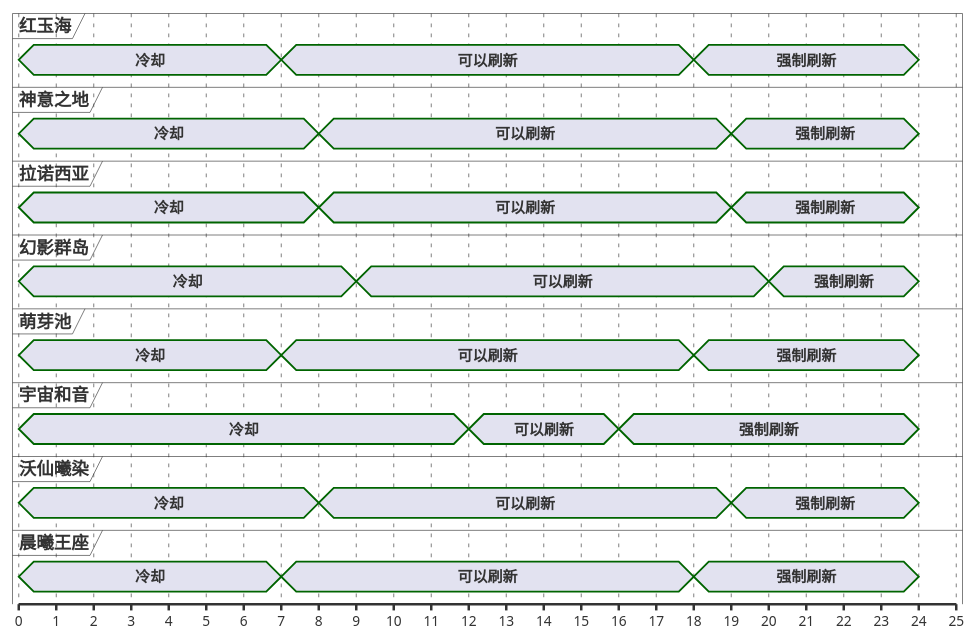
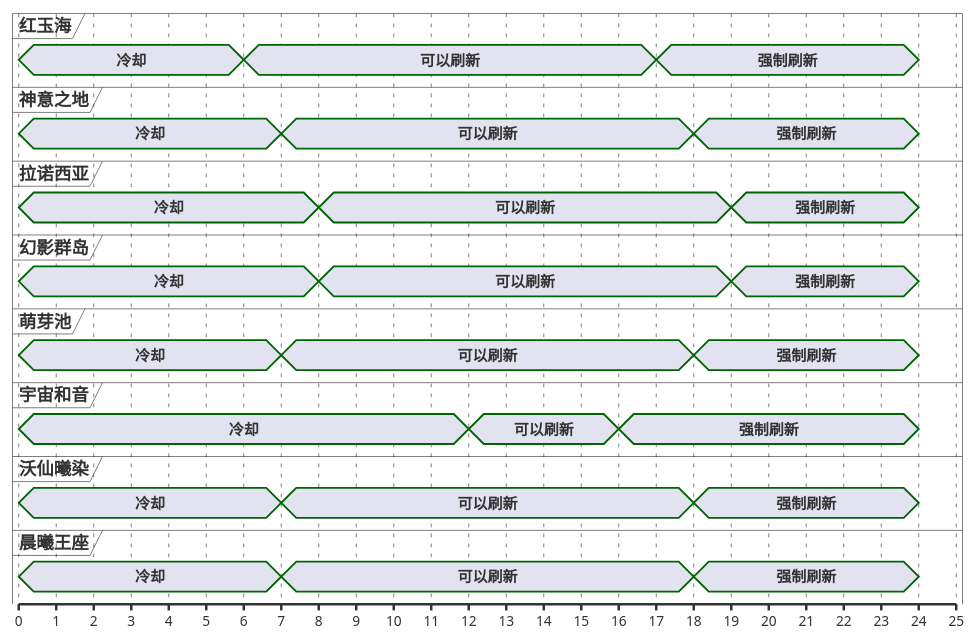
The first of 13 diagrams in ffxiv/hunt/2.0/Zona-Seeker.md (Eroleice/doc-pi), drawn with PlantUML before and after one commit. The commit also changed other lines of this file and 38 other files, not shown here.

````diff
--- a/ffxiv/hunt/2.0/Zona-Seeker.md
+++ b/ffxiv/hunt/2.0/Zona-Seeker.md
@@ -33,63 +33,63 @@
 ```plantuml
 @startuml
 scale 1 as 30 pixels
 
 concise 红玉海
 concise 神意之地
 concise 拉诺西亚
 concise 幻影群岛
 concise 萌芽池
 concise 宇宙和音
 concise 沃仙曦染
 concise 晨曦王座
 
 @宇宙和音
 0 is 冷却
 12 is 可以刷新
 16 is 强制刷新
 24 is {hidden}
 
 @红玉海
 0 is 冷却
-7 is 可以刷新
-18 is 强制刷新
+6 is 可以刷新
+17 is 强制刷新
 24 is {hidden}
 
 @晨曦王座
 0 is 冷却
 7 is 可以刷新
 18 is 强制刷新
 24 is {hidden}
 
 @萌芽池
 0 is 冷却
 7 is 可以刷新
 18 is 强制刷新
 24 is {hidden}
 
 @神意之地
 0 is 冷却
-8 is 可以刷新
-19 is 强制刷新
+7 is 可以刷新
+18 is 强制刷新
 24 is {hidden}
 
 @沃仙曦染
 0 is 冷却
-8 is 可以刷新
-19 is 强制刷新
+7 is 可以刷新
+18 is 强制刷新
 24 is {hidden}
 
 @拉诺西亚
 0 is 冷却
 8 is 可以刷新
 19 is 强制刷新
 24 is {hidden}
 
 @幻影群岛
 0 is 冷却
-9 is 可以刷新
-20 is 强制刷新
+8 is 可以刷新
+19 is 强制刷新
 24 is {hidden}
 
 @enduml
 ```
````
